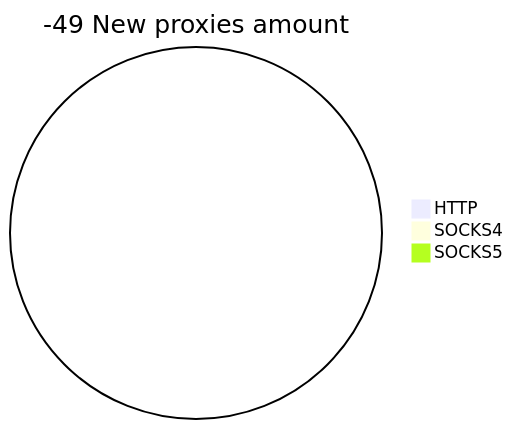
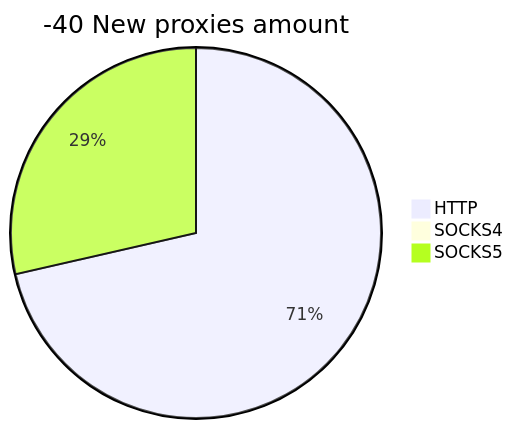
The second of 2 diagrams in README.md (cutipu/proxylist), drawn with Mermaid before and after one commit. The commit also changed other lines of this file, not shown here.

````diff
--- a/README.md
+++ b/README.md
@@ -10,6 +10,6 @@
 ```mermaid
-pie title -49 New proxies amount
-    "HTTP" : 0
+pie title -40 New proxies amount
+    "HTTP" : 50
     "SOCKS4" : 0
-    "SOCKS5" : 0
+    "SOCKS5" : 20
 ```
````
